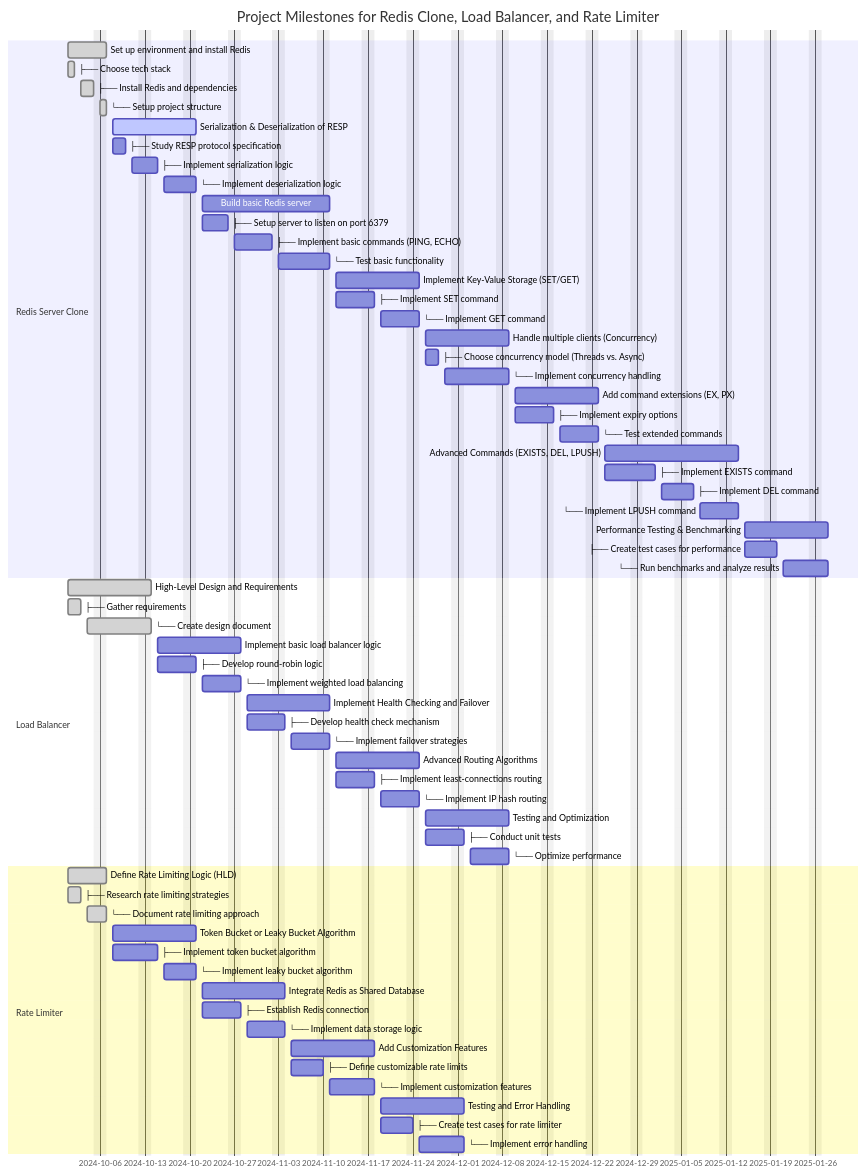
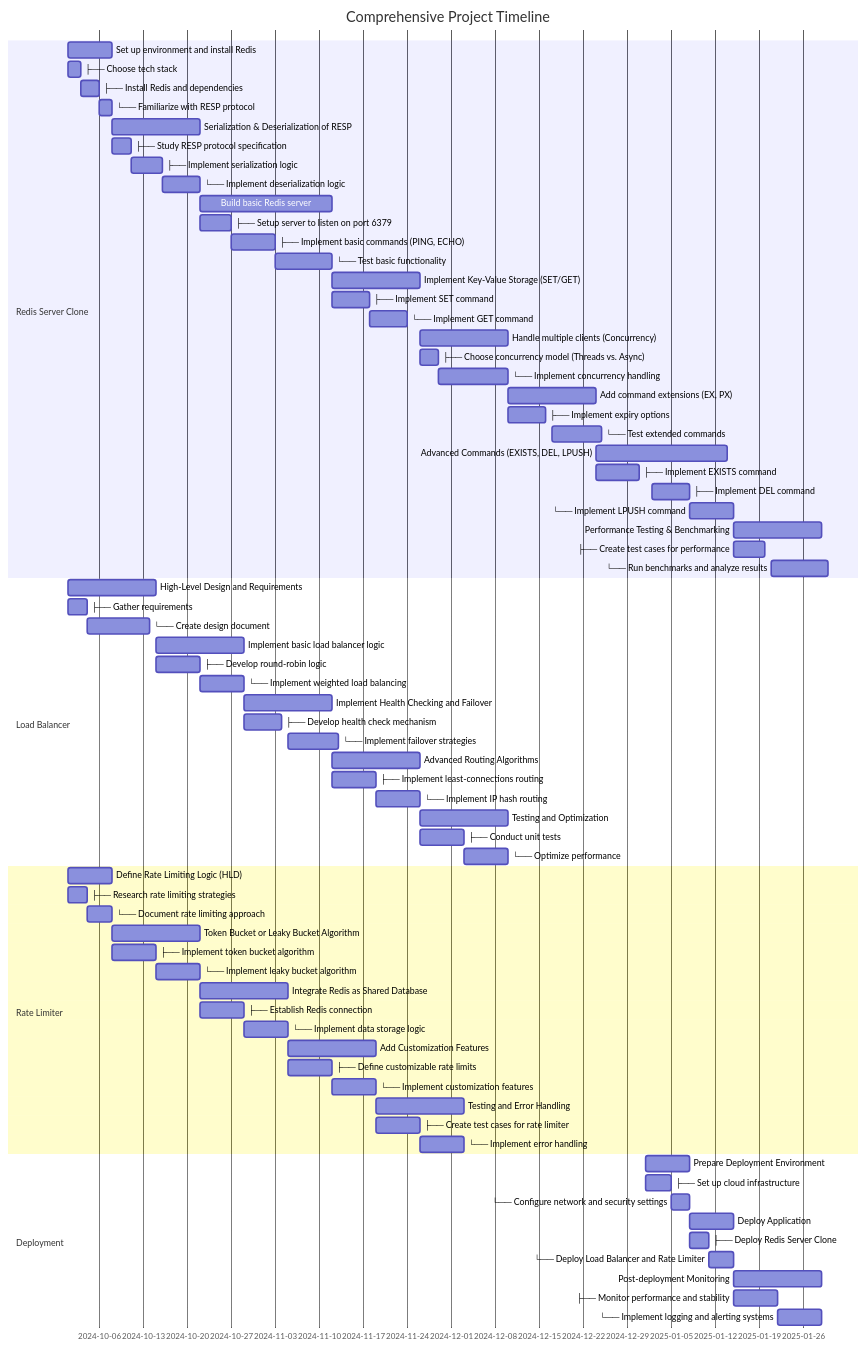
Before and after one commit to Markkimotho/roadmap: the diagram in README.md, drawn with Mermaid.

Commit message:
updating the charts

````diff
--- a/README.md
+++ b/README.md
@@ -1,86 +1,100 @@
 ```mermaid
+%%{ init : { "theme" : "default", "gantt" : { "barHeight" : 20, "gridLineStartTime" : "2024-10-01", "gridLineEndTime" : "2025-01-31" }}}%%
 gantt
-    title Project Milestones for Redis Clone, Load Balancer, and Rate Limiter
+    title Comprehensive Project Timeline
     dateFormat  YYYY-MM-DD
-    excludes    weekends
-    
+
     section Redis Server Clone
-    Set up environment and install Redis                     :done,   m1, 2024-10-01, 2024-10-07
-    ├── Choose tech stack                                   :done,   m1a, 2024-10-01, 2024-10-02
-    ├── Install Redis and dependencies                      :done,   m1b, 2024-10-03, 2024-10-05
-    └── Setup project structure                             :done,   m1c, 2024-10-06, 2024-10-07
+    Set up environment and install Redis                     :a1, 2024-10-01, 7d
+    ├── Choose tech stack                                   :a1a, 2024-10-01, 2d
+    ├── Install Redis and dependencies                      :a1b, 2024-10-03, 3d
+    └── Familiarize with RESP protocol                      :a1c, 2024-10-06, 2d
 
-    Serialization & Deserialization of RESP                  :active, m2, 2024-10-08, 2024-10-21
-    ├── Study RESP protocol specification                     :        m2a, 2024-10-08, 2024-10-10
-    ├── Implement serialization logic                         :        m2b, 2024-10-11, 2024-10-15
-    └── Implement deserialization logic                       :        m2c, 2024-10-16, 2024-10-21
+    Serialization & Deserialization of RESP                  :a2, 2024-10-08, 14d
+    ├── Study RESP protocol specification                     :a2a, 2024-10-08, 3d
+    ├── Implement serialization logic                         :a2b, 2024-10-11, 5d
+    └── Implement deserialization logic                       :a2c, 2024-10-16, 6d
 
-    Build basic Redis server                                   :        m3, 2024-10-22, 2024-11-11
-    ├── Setup server to listen on port 6379                   :        m3a, 2024-10-22, 2024-10-26
-    ├── Implement basic commands (PING, ECHO)                :        m3b, 2024-10-27, 2024-11-02
-    └── Test basic functionality                              :        m3c, 2024-11-03, 2024-11-11
+    Build basic Redis server                                   :a3, 2024-10-22, 21d
+    ├── Setup server to listen on port 6379                   :a3a, 2024-10-22, 5d
+    ├── Implement basic commands (PING, ECHO)                :a3b, 2024-10-27, 7d
+    └── Test basic functionality                              :a3c, 2024-11-03, 9d
 
-    Implement Key-Value Storage (SET/GET)                     :        m4, 2024-11-12, 2024-11-25
-    ├── Implement SET command                                 :        m4a, 2024-11-12, 2024-11-18
-    └── Implement GET command                                 :        m4b, 2024-11-19, 2024-11-25
+    Implement Key-Value Storage (SET/GET)                     :a4, 2024-11-12, 14d
+    ├── Implement SET command                                 :a4a, 2024-11-12, 6d
+    └── Implement GET command                                 :a4b, 2024-11-18, 6d
 
-    Handle multiple clients (Concurrency)                     :        m5, 2024-11-26, 2024-12-09
-    ├── Choose concurrency model (Threads vs. Async)         :        m5a, 2024-11-26, 2024-11-28
-    └── Implement concurrency handling                         :        m5b, 2024-11-29, 2024-12-09
+    Handle multiple clients (Concurrency)                     :a5, 2024-11-26, 14d
+    ├── Choose concurrency model (Threads vs. Async)         :a5a, 2024-11-26, 3d
+    └── Implement concurrency handling                         :a5b, 2024-11-29, 11d
 
-    Add command extensions (EX, PX)                           :        m6, 2024-12-10, 2024-12-23
-    ├── Implement expiry options                               :        m6a, 2024-12-10, 2024-12-16
-    └── Test extended commands                                 :        m6b, 2024-12-17, 2024-12-23
+    Add command extensions (EX, PX)                           :a6, 2024-12-10, 14d
+    ├── Implement expiry options                               :a6a, 2024-12-10, 6d
+    └── Test extended commands                                 :a6b, 2024-12-17, 8d
 
-    Advanced Commands (EXISTS, DEL, LPUSH)                    :        m7, 2024-12-24, 2025-01-14
-    ├── Implement EXISTS command                               :        m7a, 2024-12-24, 2025-01-01
-    ├── Implement DEL command                                  :        m7b, 2025-01-02, 2025-01-07
-    └── Implement LPUSH command                                :        m7c, 2025-01-08, 2025-01-14
+    Advanced Commands (EXISTS, DEL, LPUSH)                    :a7, 2024-12-24, 21d
+    ├── Implement EXISTS command                               :a7a, 2024-12-24, 7d
+    ├── Implement DEL command                                  :a7b, 2025-01-02, 6d
+    └── Implement LPUSH command                                :a7c, 2025-01-08, 7d
 
-    Performance Testing & Benchmarking                        :        m8, 2025-01-15, 2025-01-28
-    ├── Create test cases for performance                     :        m8a, 2025-01-15, 2025-01-20
-    └── Run benchmarks and analyze results                     :        m8b, 2025-01-21, 2025-01-28
+    Performance Testing & Benchmarking                        :a8, 2025-01-15, 14d
+    ├── Create test cases for performance                     :a8a, 2025-01-15, 5d
+    └── Run benchmarks and analyze results                     :a8b, 2025-01-21, 9d
 
     section Load Balancer
-    High-Level Design and Requirements                         :done,   lb1, 2024-10-01, 2024-10-14
-    ├── Gather requirements                                    :done,   lb1a, 2024-10-01, 2024-10-03
-    └── Create design document                                 :done,   lb1b, 2024-10-04, 2024-10-14
+    High-Level Design and Requirements                         :b1, 2024-10-01, 14d
+    ├── Gather requirements                                    :b1a, 2024-10-01, 3d
+    └── Create design document                                 :b1b, 2024-10-04, 10d
 
-    Implement basic load balancer logic                        :        lb2, 2024-10-15, 2024-10-28
-    ├── Develop round-robin logic                             :        lb2a, 2024-10-15, 2024-10-21
-    └── Implement weighted load balancing                       :        lb2b, 2024-10-22, 2024-10-28
+    Implement basic load balancer logic                        :b2, 2024-10-15, 14d
+    ├── Develop round-robin logic                             :b2a, 2024-10-15, 7d
+    └── Implement weighted load balancing                       :b2b, 2024-10-22, 7d
 
-    Implement Health Checking and Failover                     :        lb3, 2024-10-29, 2024-11-11
-    ├── Develop health check mechanism                         :        lb3a, 2024-10-29, 2024-11-04
-    └── Implement failover strategies                          :        lb3b, 2024-11-05, 2024-11-11
+    Implement Health Checking and Failover                     :b3, 2024-10-29, 14d
+    ├── Develop health check mechanism                         :b3a, 2024-10-29, 6d
+    └── Implement failover strategies                          :b3b, 2024-11-05, 8d
 
-    Advanced Routing Algorithms                                 :        lb4, 2024-11-12, 2024-11-25
-    ├── Implement least-connections routing                    :        lb4a, 2024-11-12, 2024-11-18
-    └── Implement IP hash routing                               :        lb4b, 2024-11-19, 2024-11-25
+    Advanced Routing Algorithms                                 :b4, 2024-11-12, 14d
+    ├── Implement least-connections routing                    :b4a, 2024-11-12, 7d
+    └── Implement IP hash routing                               :b4b, 2024-11-19, 7d
 
-    Testing and Optimization                                   :        lb5, 2024-11-26, 2024-12-09
-    ├── Conduct unit tests                                     :        lb5a, 2024-11-26, 2024-12-02
-    └── Optimize performance                                    :        lb5b, 2024-12-03, 2024-12-09
+    Testing and Optimization                                   :b5, 2024-11-26, 14d
+    ├── Conduct unit tests                                     :b5a, 2024-11-26, 7d
+    └── Optimize performance                                    :b5b, 2024-12-03, 7d
 
     section Rate Limiter
-    Define Rate Limiting Logic (HLD)                           :done,   rl1, 2024-10-01, 2024-10-07
-    ├── Research rate limiting strategies                      :done,   rl1a, 2024-10-01, 2024-10-03
-    └── Document rate limiting approach                        :done,   rl1b, 2024-10-04, 2024-10-07
+    Define Rate Limiting Logic (HLD)                           :c1, 2024-10-01, 7d
+    ├── Research rate limiting strategies                      :c1a, 2024-10-01, 3d
+    └── Document rate limiting approach                        :c1b, 2024-10-04, 4d
 
-    Token Bucket or Leaky Bucket Algorithm                     :        rl2, 2024-10-08, 2024-10-21
-    ├── Implement token bucket algorithm                       :        rl2a, 2024-10-08, 2024-10-15
-    └── Implement leaky bucket algorithm                       :        rl2b, 2024-10-16, 2024-10-21
+    Token Bucket or Leaky Bucket Algorithm                     :c2, 2024-10-08, 14d
+    ├── Implement token bucket algorithm                       :c2a, 2024-10-08, 7d
+    └── Implement leaky bucket algorithm                       :c2b, 2024-10-15, 7d
 
-    Integrate Redis as Shared Database                         :        rl3, 2024-10-22, 2024-11-04
-    ├── Establish Redis connection                             :        rl3a, 2024-10-22, 2024-10-28
-    └── Implement data storage logic                           :        rl3b, 2024-10-29, 2024-11-04
+    Integrate Redis as Shared Database                         :c3, 2024-10-22, 14d
+    ├── Establish Redis connection                             :c3a, 2024-10-22, 7d
+    └── Implement data storage logic                           :c3b, 2024-10-29, 7d
 
-    Add Customization Features                                 :        rl4, 2024-11-05, 2024-11-18
-    ├── Define customizable rate limits                        :        rl4a, 2024-11-05, 2024-11-10
-    └── Implement customization features                       :        rl4b, 2024-11-11, 2024-11-18
+    Add Customization Features                                 :c4, 2024-11-05, 14d
+    ├── Define customizable rate limits                        :c4a, 2024-11-05, 7d
+    └── Implement customization features                       :c4b, 2024-11-12, 7d
 
-    Testing and Error Handling                                 :        rl5, 2024-11-19, 2024-12-02
-    ├── Create test cases for rate limiter                    :        rl5a, 2024-11-19, 2024-11-24
-    └── Implement error handling                                :        rl5b, 2024-11-25, 2024-12-02
+    Testing and Error Handling                                 :c5, 2024-11-19, 14d
+    ├── Create test cases for rate limiter                    :c5a, 2024-11-19, 7d
+    └── Implement error handling                                :c5b, 2024-11-26, 7d
+
+    section Deployment
+    Prepare Deployment Environment                              :d1, 2025-01-01, 7d
+    ├── Set up cloud infrastructure                             :d1a, 2025-01-01, 4d
+    └── Configure network and security settings                :d1b, 2025-01-05, 3d
+
+    Deploy Application                                          :d2, 2025-01-08, 7d
+    ├── Deploy Redis Server Clone                               :d2a, 2025-01-08, 3d
+    └── Deploy Load Balancer and Rate Limiter                 :d2b, 2025-01-11, 4d
+
+    Post-deployment Monitoring                                  :d3, 2025-01-15, 14d
+    ├── Monitor performance and stability                       :d3a, 2025-01-15, 7d
+    └── Implement logging and alerting systems                 :d3b, 2025-01-22, 7d
+
 
 ```
````
